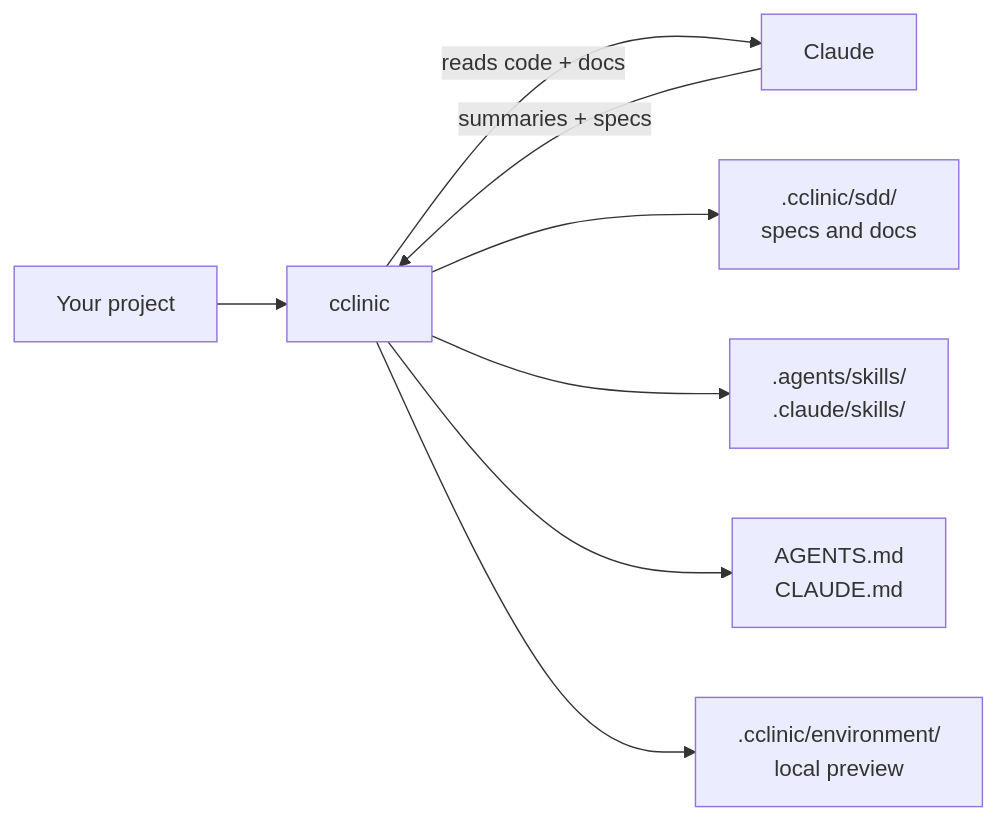
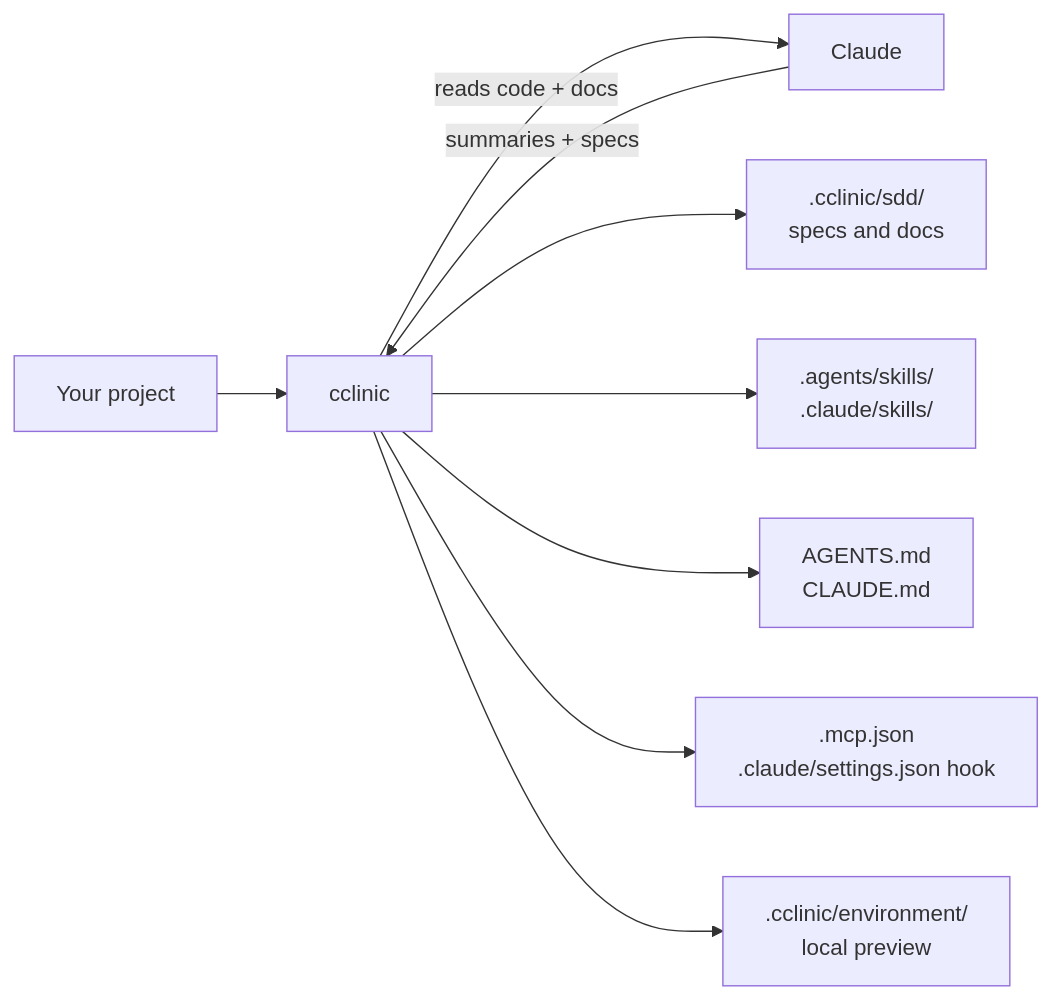
Before and after one commit to Hayko97/cclinic: the first of 5 diagrams in SETUP_FLOW.md, drawn with Mermaid. The commit also changed other lines of this file and 5 other files, not shown here.

Commit message:
docs: rewrite the readme and flow guides, and add the gui flow

````diff
--- a/SETUP_FLOW.md
+++ b/SETUP_FLOW.md
@@ -13,10 +13,11 @@
 ```mermaid
 flowchart LR
     A[Your project] --> B[cclinic]
     B -->|reads code + docs| C[Claude]
     C -->|summaries + specs| B
     B --> D[.cclinic/sdd/<br/>specs and docs]
     B --> E[.agents/skills/<br/>.claude/skills/]
     B --> F[AGENTS.md<br/>CLAUDE.md]
+    B --> H[.mcp.json<br/>.claude/settings.json hook]
     B --> G[.cclinic/environment/<br/>local preview]
 ```
````
